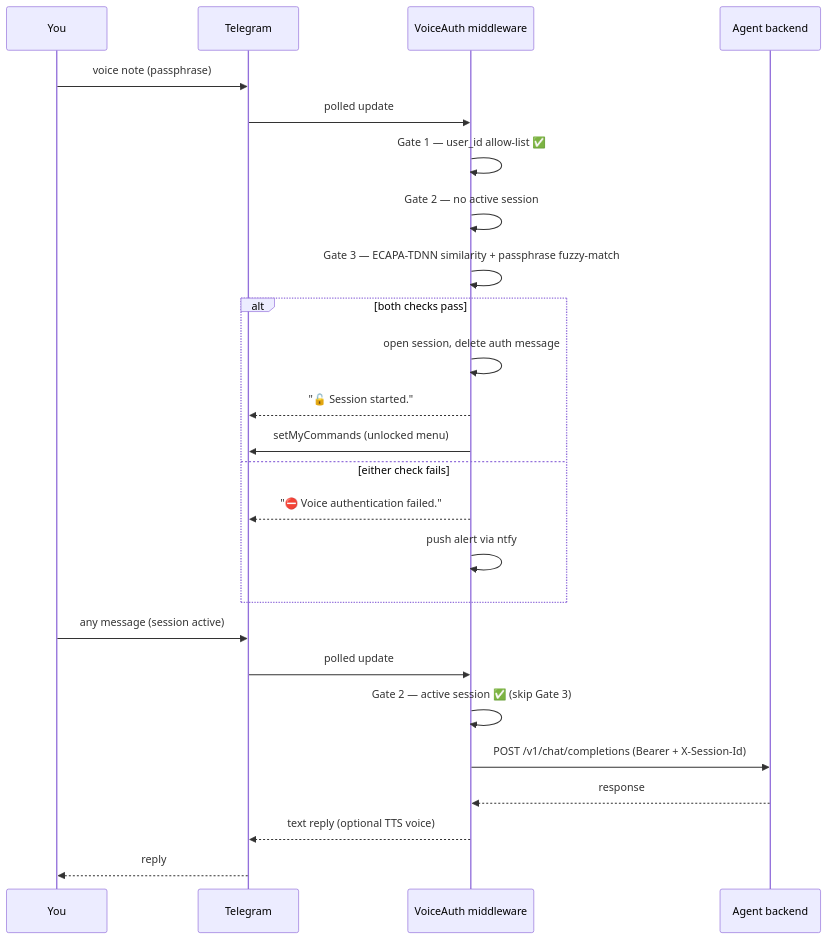
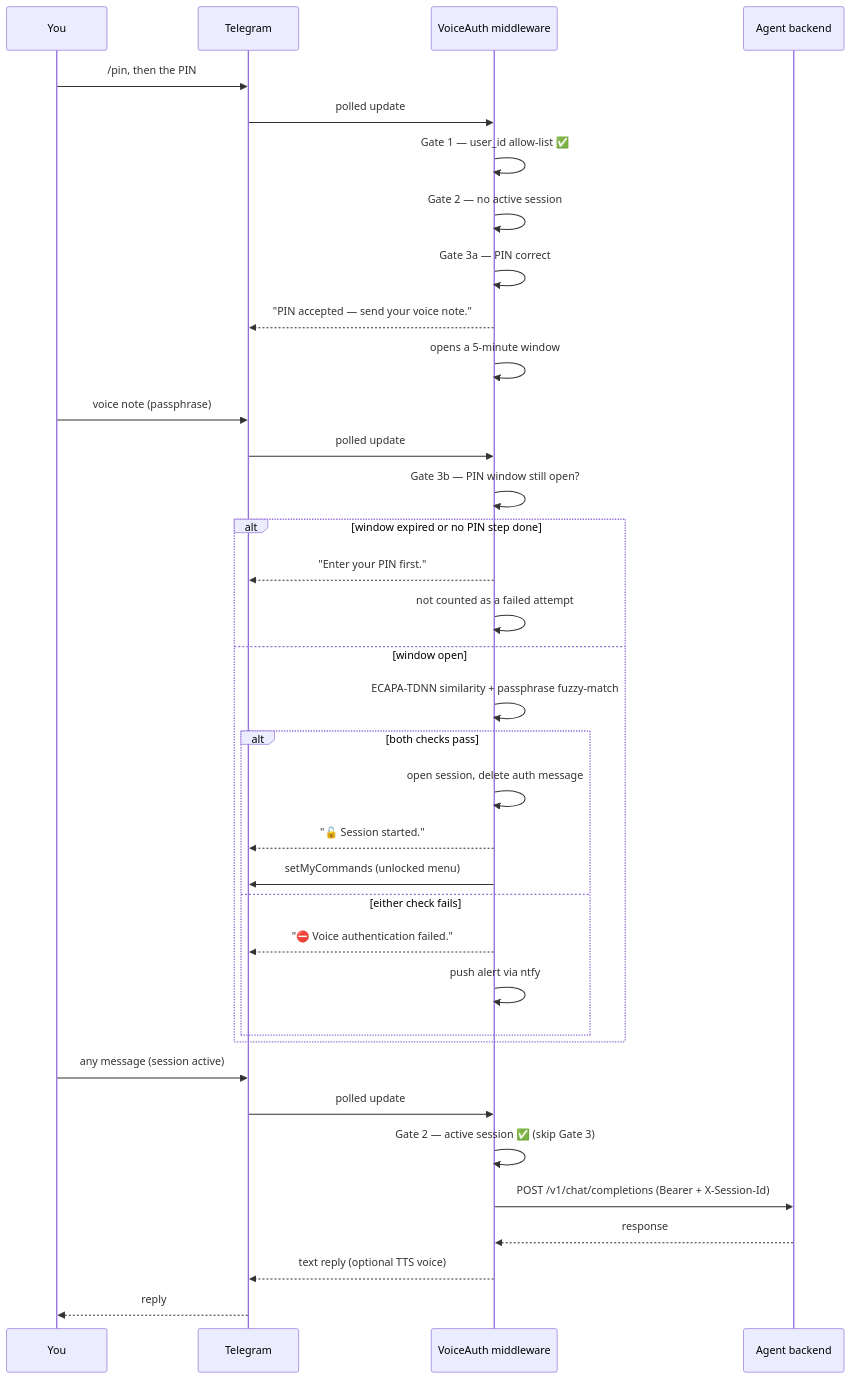
The second of 2 diagrams in README.md (RodrigoCossi/VoiceAuth), drawn with Mermaid before and after one commit. The commit also changed other lines of this file, not shown here.

First line of the commit message:
Docs: PIN is now a required first factor, not a fallback to voice

````diff
--- a/README.md
+++ b/README.md
@@ -96,29 +103,41 @@
 ```mermaid
 sequenceDiagram
     participant You
     participant Telegram
     participant MW as VoiceAuth middleware
     participant Backend as Agent backend
 
-    You->>Telegram: voice note (passphrase)
+    You->>Telegram: /pin, then the PIN
     Telegram->>MW: polled update
     MW->>MW: Gate 1 — user_id allow-list ✅
     MW->>MW: Gate 2 — no active session
-    MW->>MW: Gate 3 — ECAPA-TDNN similarity + passphrase fuzzy-match
-    alt both checks pass
-        MW->>MW: open session, delete auth message
-        MW-->>Telegram: "🔓 Session started."
-        MW->>Telegram: setMyCommands (unlocked menu)
-    else either check fails
-        MW-->>Telegram: "⛔ Voice authentication failed."
-        MW->>MW: push alert via ntfy
+    MW->>MW: Gate 3a — PIN correct
+    MW-->>Telegram: "PIN accepted — send your voice note."
+    MW->>MW: opens a 5-minute window
+
+    You->>Telegram: voice note (passphrase)
+    Telegram->>MW: polled update
+    MW->>MW: Gate 3b — PIN window still open?
+    alt window expired or no PIN step done
+        MW-->>Telegram: "Enter your PIN first."
+        MW->>MW: not counted as a failed attempt
+    else window open
+        MW->>MW: ECAPA-TDNN similarity + passphrase fuzzy-match
+        alt both checks pass
+            MW->>MW: open session, delete auth message
+            MW-->>Telegram: "🔓 Session started."
+            MW->>Telegram: setMyCommands (unlocked menu)
+        else either check fails
+            MW-->>Telegram: "⛔ Voice authentication failed."
+            MW->>MW: push alert via ntfy
+        end
     end
 
     You->>Telegram: any message (session active)
     Telegram->>MW: polled update
     MW->>MW: Gate 2 — active session ✅ (skip Gate 3)
     MW->>Backend: POST /v1/chat/completions (Bearer + X-Session-Id)
     Backend-->>MW: response
     MW-->>Telegram: text reply (optional TTS voice)
     Telegram-->>You: reply
 ```
````
